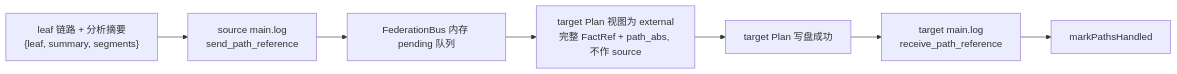
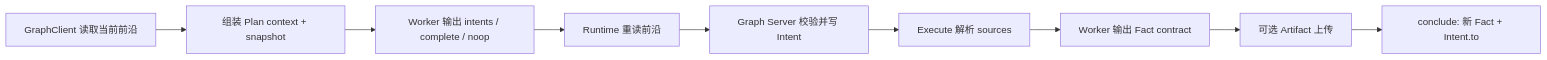
Before and after one commit to jygzyc/peak: the first of 2 diagrams in docs/zh/data-flow.md, drawn with Mermaid. The commit also changed other lines of this file and 145 other files, not shown here.

First line of the commit message:
feat: port pi-dev non-worker work onto main (keep legacy multi-backend worker)

````diff
--- a/docs/zh/data-flow.md
+++ b/docs/zh/data-flow.md
@@ -557,9 +242,11 @@
 ```mermaid
 flowchart LR
-  A["leaf 链路 + 分析摘要<br/>{leaf, summary, segments}"] --> B["source main.log<br/>send_path_reference"]
-  B --> C["FederationBus 内存 pending 队列"]
-  C --> D["target Plan 视图为 external<br/>完整 FactRef + path_abs, 不作 source"]
-  D --> E["target Plan 写盘成功"]
-  E --> F["target main.log<br/>receive_path_reference"]
-  F --> G["markPathsHandled"]
+  A["GraphClient 读取当前前沿"] --> B["组装 Plan context + snapshot"]
+  B --> C["Worker 输出 intents / complete / noop"]
+  C --> D["Runtime 重读前沿"]
+  D --> E["Graph Server 校验并写 Intent"]
+  E --> F["Execute 解析 sources"]
+  F --> G["Worker 输出 Fact contract"]
+  G --> H["可选 Artifact 上传"]
+  H --> I["conclude: 新 Fact + Intent.to"]
 ```
````
